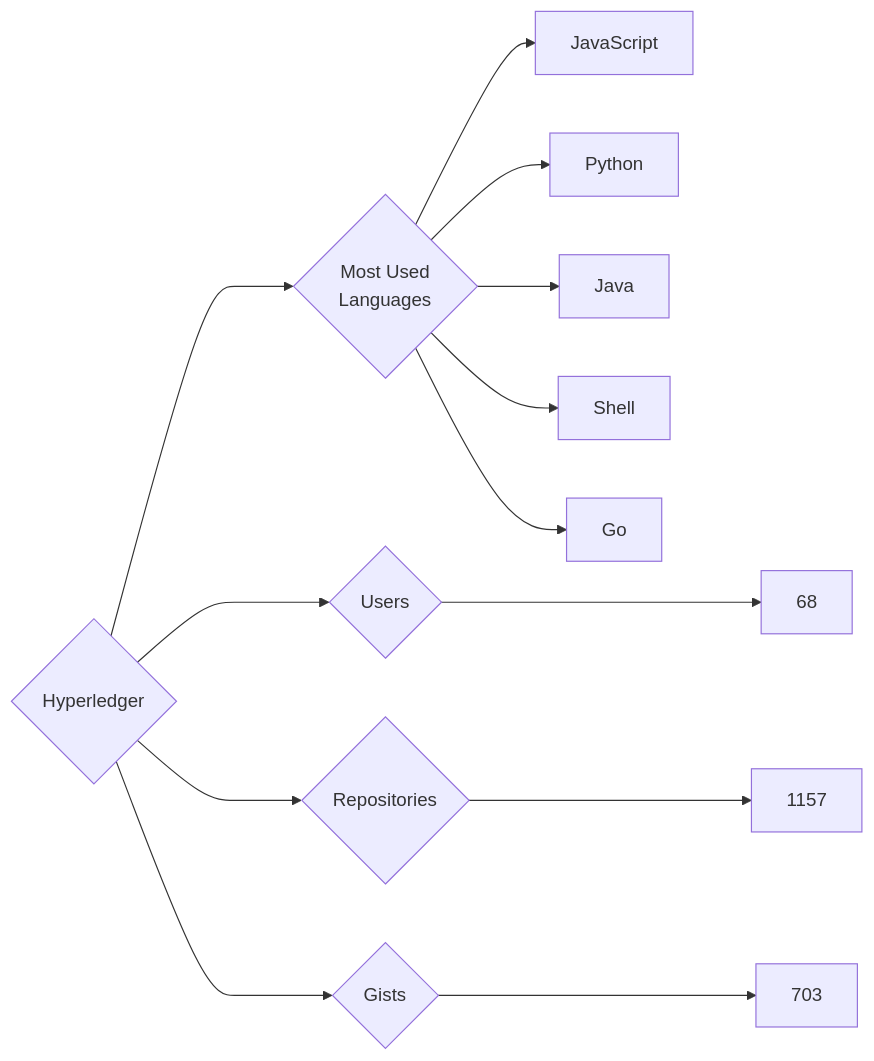
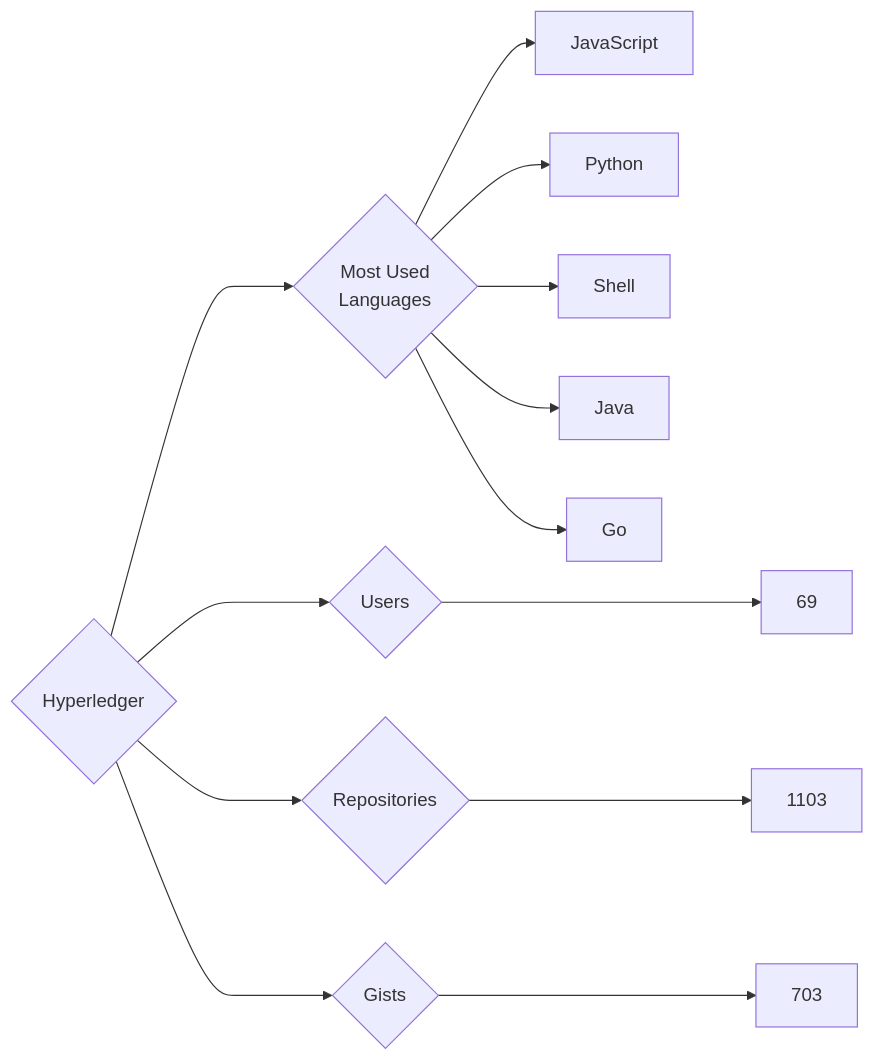
The diagram in targets/Hyperledger/README.md (trickest/insiders), drawn with Mermaid before and after one commit. The commit also changed 1020 other files, not shown here.

````diff
--- a/targets/Hyperledger/README.md
+++ b/targets/Hyperledger/README.md
@@ -3,13 +3,13 @@
 ```mermaid
 graph LR
 COMPANY_NAME{Hyperledger}
-COMPANY_NAME ---> U{Users} ---> UN[68]
-COMPANY_NAME ---> R{Repositories} ---> RN[1157]
+COMPANY_NAME ---> U{Users} ---> UN[69]
+COMPANY_NAME ---> R{Repositories} ---> RN[1103]
 COMPANY_NAME ---> G{Gists} ---> GN[703]
 COMPANY_NAME ---> ML{Most Used<br>Languages}
 ML --> JavaScript[JavaScript]
 ML --> Python[Python]
+ML --> Shell[Shell]
 ML --> Java[Java]
-ML --> Shell[Shell]
 ML --> Go[Go]
 ```
````
